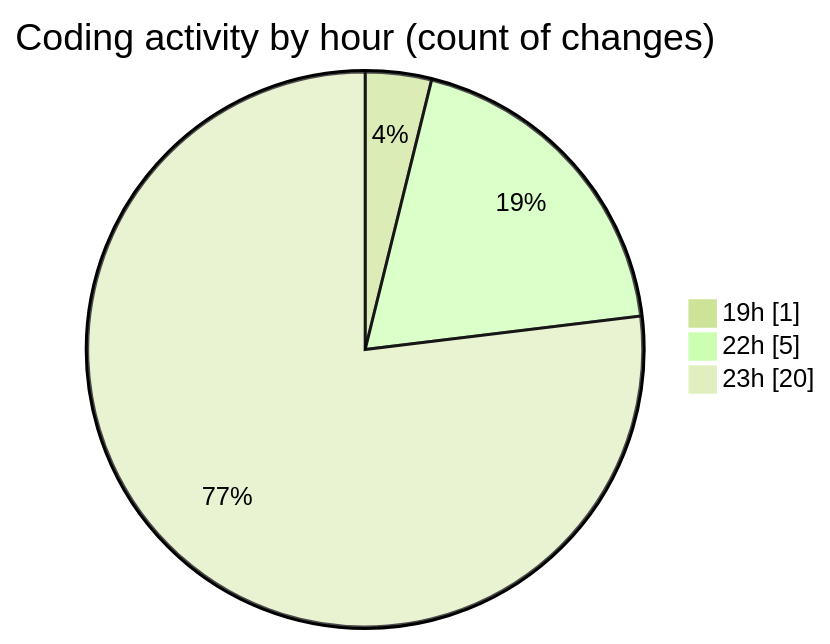
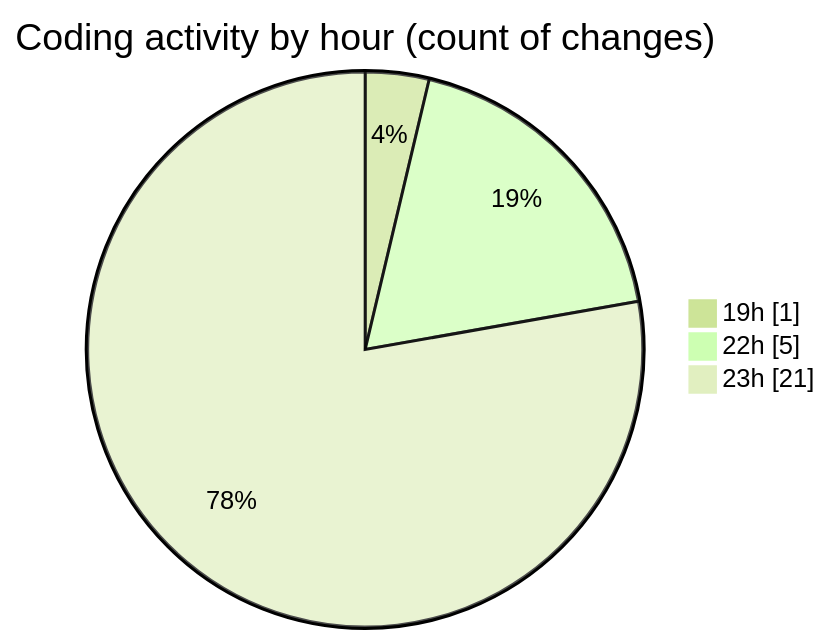
The second of 2 diagrams in 2025-01-23/trackers_app/README.md (donsfak/code-tracking), drawn with Mermaid (forest theme) before and after one commit. The commit also changed other lines of this file and 1 other file, not shown here.

````diff
--- a/2025-01-23/trackers_app/README.md
+++ b/2025-01-23/trackers_app/README.md
@@ -32,7 +32,7 @@
 ```mermaid
 pie showData
 title Coding activity by hour (count of changes)
 "19h" : 1
 "22h" : 5
-"23h" : 20
+"23h" : 21
 ```
````
